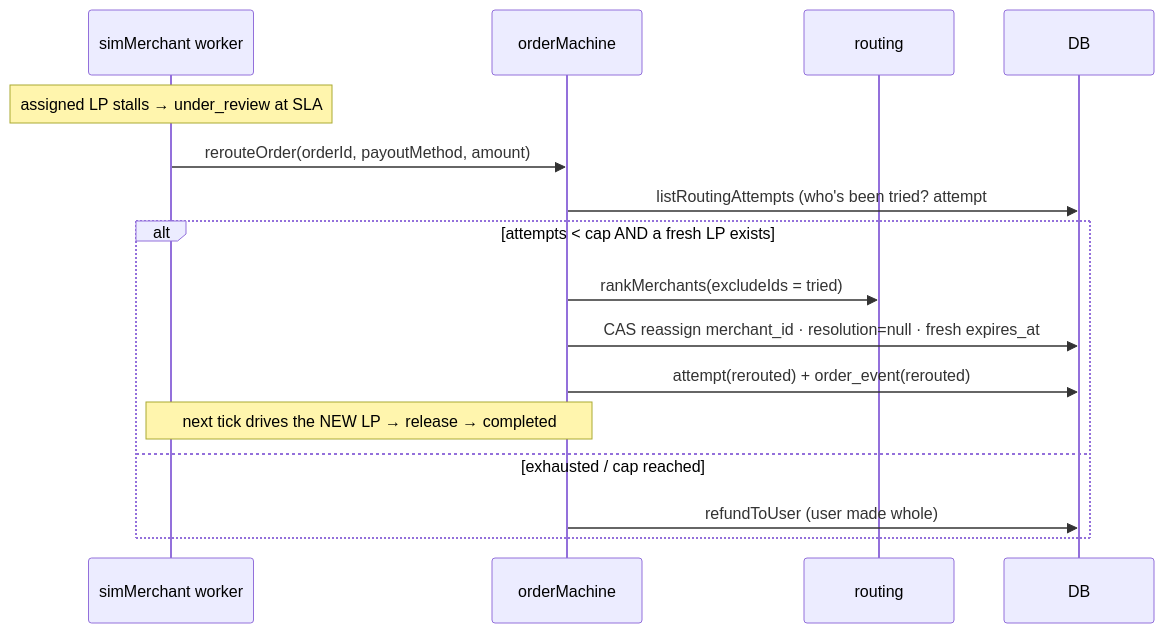
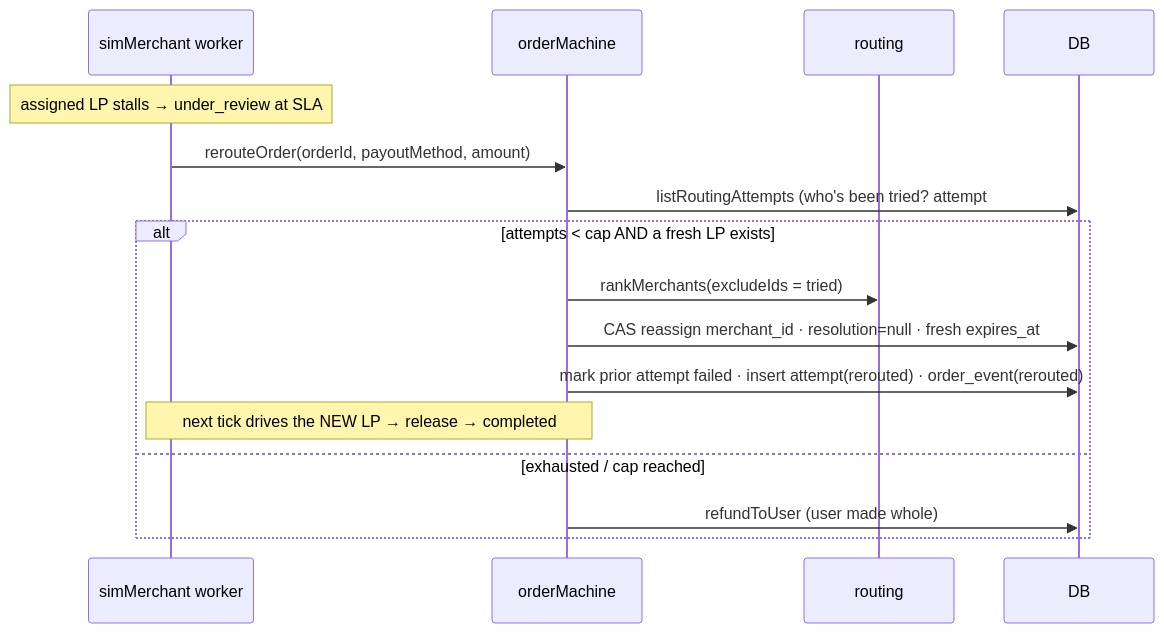
The second of 3 diagrams in monorepo/docs/08-routing-and-failover.md (unabrijed/frenspay), drawn with Mermaid before and after one commit. The commit also changed other lines of this file and 8 other files, not shown here.

````diff
--- a/monorepo/docs/08-routing-and-failover.md
+++ b/monorepo/docs/08-routing-and-failover.md
@@ -38,19 +43,19 @@
 ```mermaid
 sequenceDiagram
     participant SM as simMerchant worker
     participant OM as orderMachine
     participant RT as routing
     participant DB as DB
 
     Note over SM: assigned LP stalls → under_review at SLA
     SM->>OM: rerouteOrder(orderId, payoutMethod, amount)
     OM->>DB: listRoutingAttempts (who's been tried? attempt #?)
     alt attempts < cap AND a fresh LP exists
         OM->>RT: rankMerchants(excludeIds = tried)
         OM->>DB: CAS reassign merchant_id · resolution=null · fresh expires_at
-        OM->>DB: attempt(rerouted) + order_event(rerouted)
+        OM->>DB: mark prior attempt failed · insert attempt(rerouted) · order_event(rerouted)
         Note over SM,OM: next tick drives the NEW LP → release → completed
     else exhausted / cap reached
         OM->>DB: refundToUser (user made whole)
     end
 ```
````
